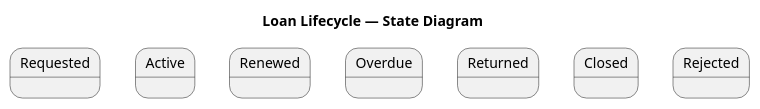
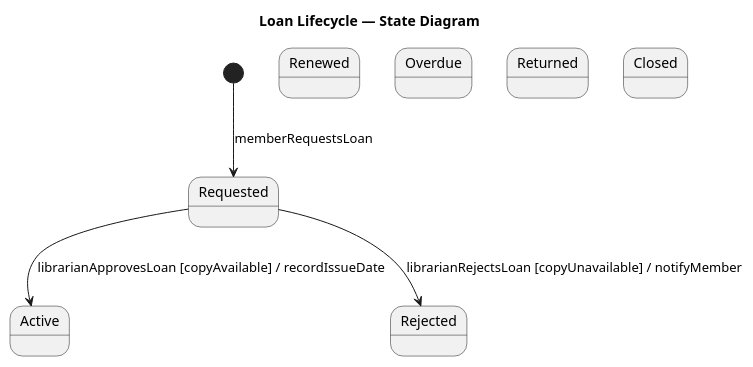
One commit to HashimZuraiqi/Software-Eng.-Project-UNTITLED changed the diagram in uml/state_loan.puml. Above: the diagram before and after it, drawn with PlantUML.

Commit message:
feat: add transitions for loan states in state diagram

```diff
--- a/uml/state_loan.puml
+++ b/uml/state_loan.puml
@@ -1,12 +1,16 @@
 @startuml state_loan
 title Loan Lifecycle — State Diagram
 
 state Requested
 state Active
 state Renewed
 state Overdue
 state Returned
 state Closed
 state Rejected
 
+[*] --> Requested : memberRequestsLoan
+Requested --> Active : librarianApprovesLoan [copyAvailable] / recordIssueDate
+Requested --> Rejected : librarianRejectsLoan [copyUnavailable] / notifyMember
+
 @enduml
```
